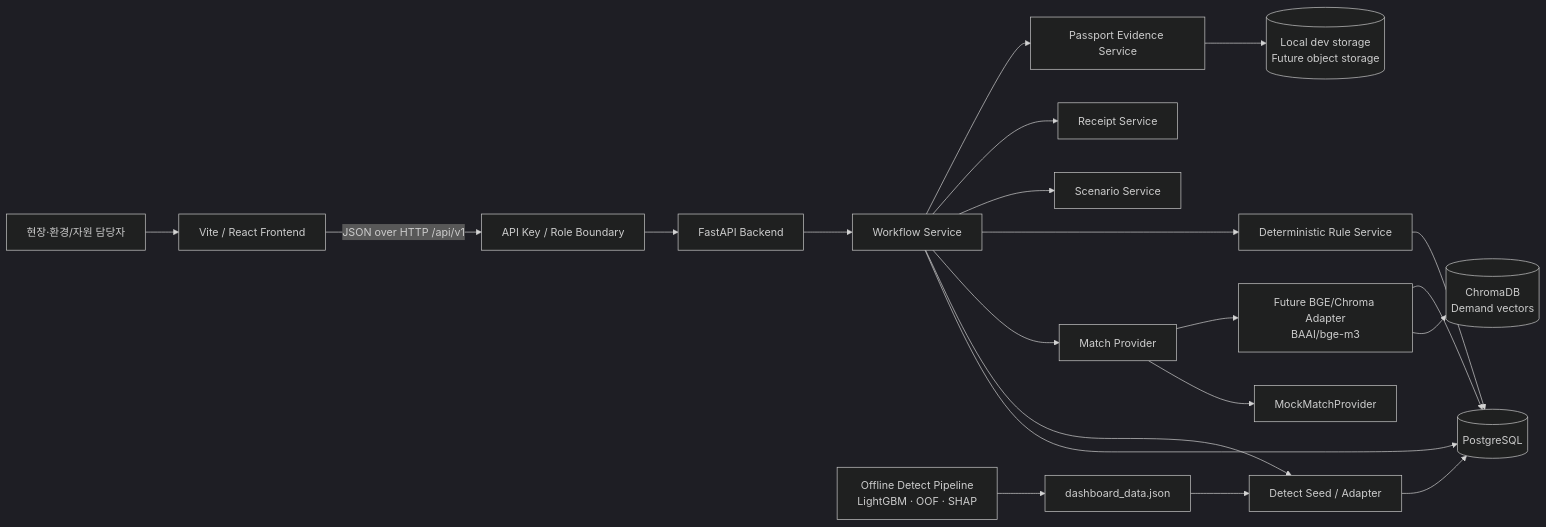
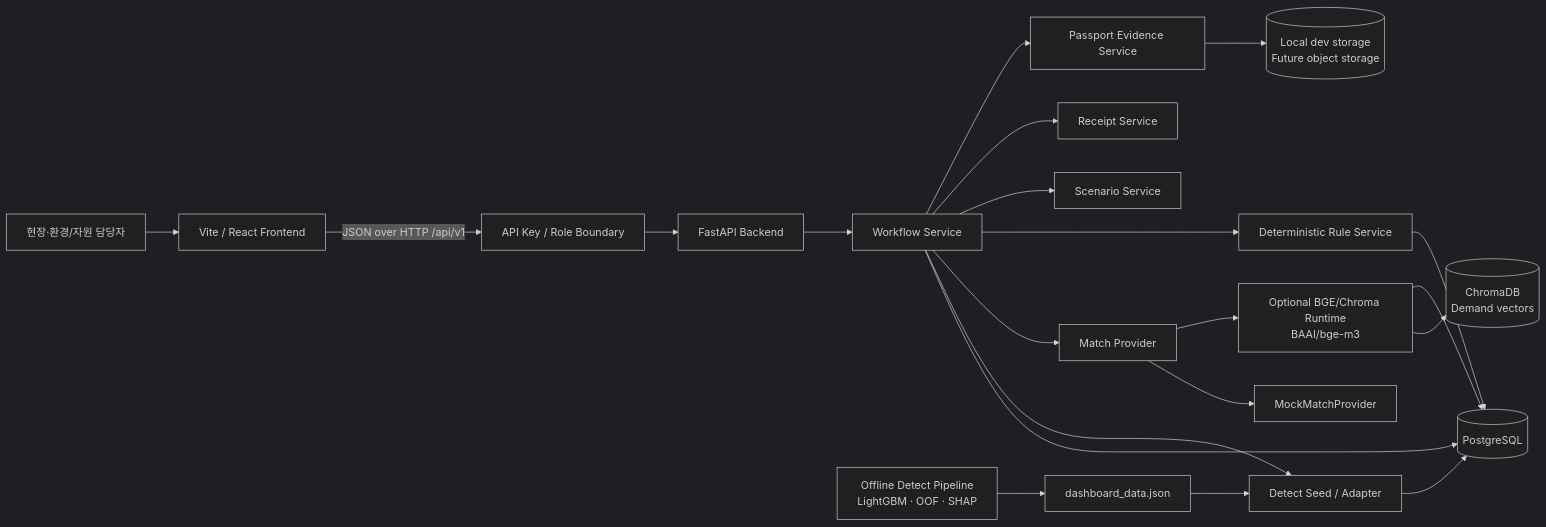
One commit to wowuwewn/greenfab-loop changed the diagram in docs/architecture.md. Above: the diagram before and after it, drawn with Mermaid (dark theme). The commit also changed other lines of this file and 24 other files, not shown here.

Commit message:
feat: add optional BGE Chroma demand runtime

````diff
--- a/docs/architecture.md
+++ b/docs/architecture.md
@@ -18,26 +18,26 @@
 ```mermaid
 flowchart LR
     U["현장·환경/자원 담당자"] --> F["Vite / React Frontend"]
     F -->|"JSON over HTTP /api/v1"| A["API Key / Role Boundary"]
     A --> B["FastAPI Backend"]
 
     B --> W["Workflow Service"]
     W --> P[("PostgreSQL")]
     W --> D["Detect Seed / Adapter"]
     W --> M["Match Provider"]
     W --> R["Deterministic Rule Service"]
     W --> S["Scenario Service"]
     W --> G["Receipt Service"]
     W --> E["Passport Evidence Service"]
     E --> L[("Local dev storage\nFuture object storage")]
 
     DP["Offline Detect Pipeline\nLightGBM · OOF · SHAP"] --> O["dashboard_data.json"]
     O --> D
     D --> P
 
     M --> MM["MockMatchProvider"]
-    M --> BM["Future BGE/Chroma Adapter\nBAAI/bge-m3"]
+    M --> BM["Optional BGE/Chroma Runtime\nBAAI/bge-m3"]
     BM --> C[("ChromaDB\nDemand vectors")]
     BM --> P
     R --> P
 ```
````
